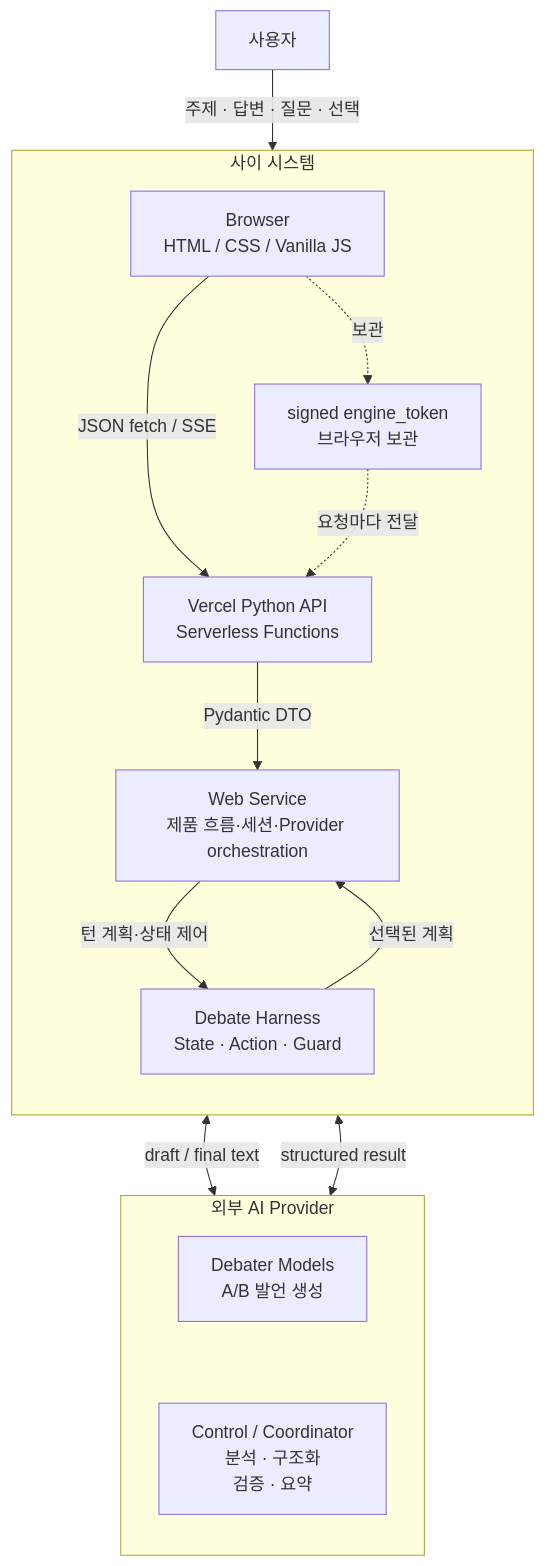
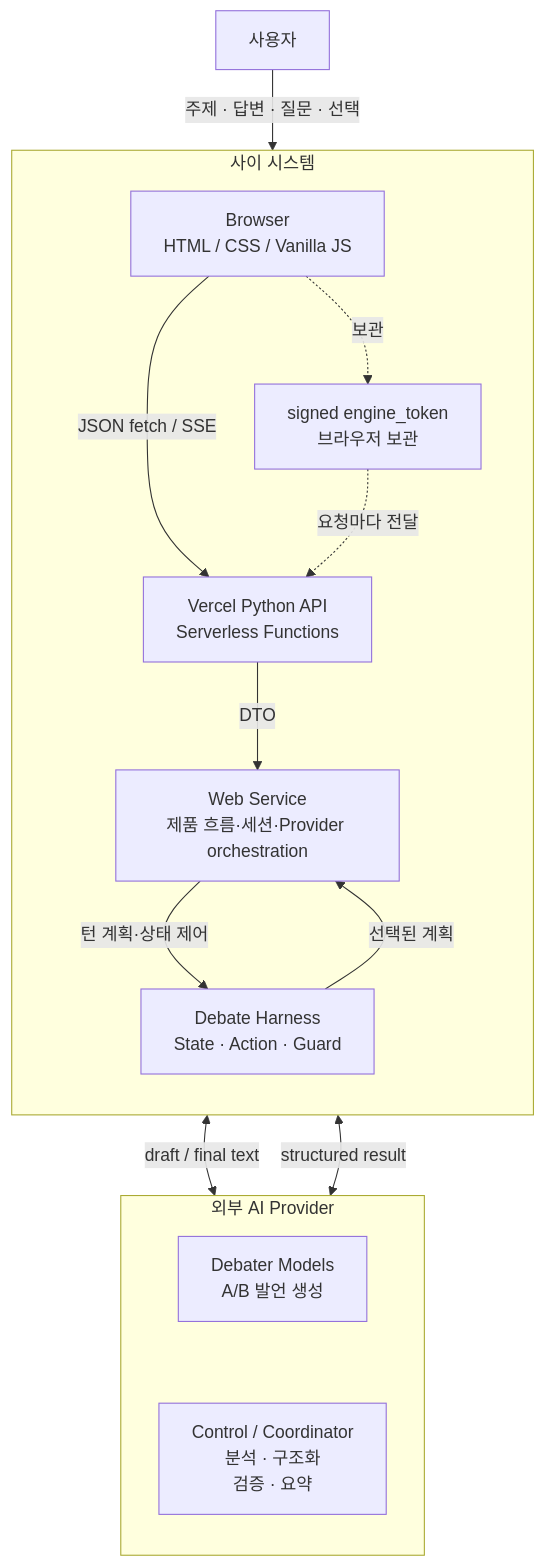
Before and after one commit to hodob/A1-3: the third of 11 diagrams in README.md, drawn with Mermaid. The commit also changed other lines of this file, not shown here.

Commit message:
Simplify runtime diagram section

````diff
--- a/README.md
+++ b/README.md
@@ -112,33 +112,33 @@
 ```mermaid
 flowchart TD
     U[사용자]
 
     subgraph SAI[사이 시스템]
         direction TB
 
         B[Browser<br/>HTML / CSS / Vanilla JS]
         API[Vercel Python API<br/>Serverless Functions]
         W[Web Service<br/>제품 흐름·세션·Provider orchestration]
         H[Debate Harness<br/>State · Action · Guard]
 
         B -->|JSON fetch / SSE| API
-        API -->|Pydantic DTO| W
+        API -->|DTO| W
         W -->|턴 계획·상태 제어| H
         H -->|선택된 계획| W
 
         T[signed engine_token<br/>브라우저 보관]
         B -.->|보관| T
         T -.->|요청마다 전달| API
     end
 
     subgraph EXT[외부 AI Provider]
         direction TB
         D[Debater Models<br/>A/B 발언 생성]
         C[Control / Coordinator<br/>분석 · 구조화<br/>검증 · 요약]
         D ~~~ C
     end
 
     U -->|주제 · 답변 · 질문 · 선택| B
     W <-->|draft / final text| D
     W <-->|structured result| C
 ```
````
